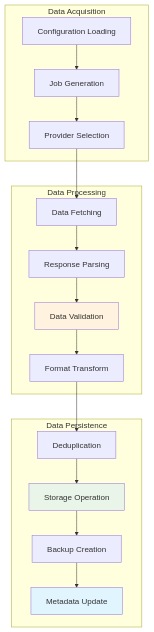
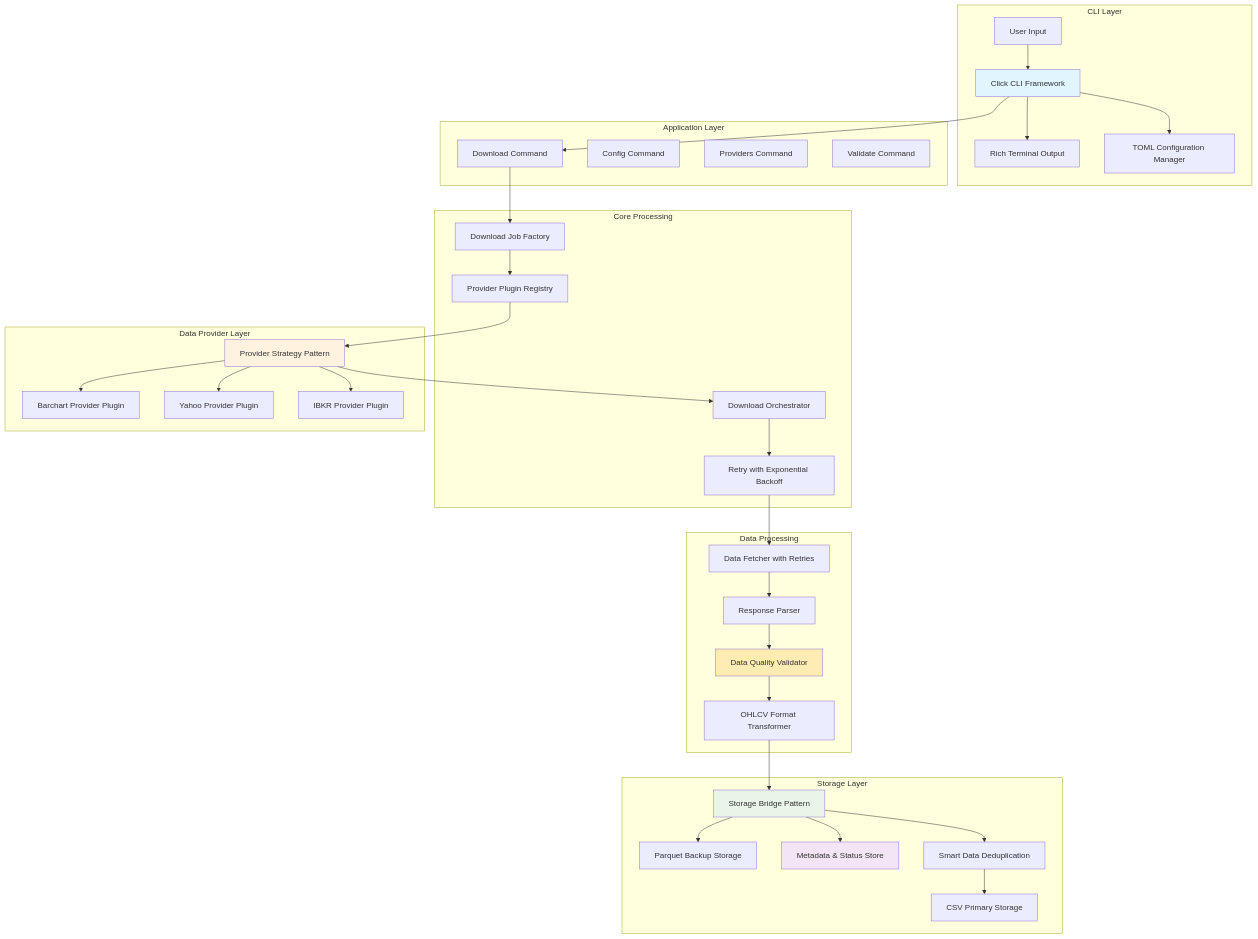
The first of 8 diagrams in docs/design/hld/03-data-flow-design.md (makutaku/vortex), drawn with Mermaid before and after one commit. The commit also changed other lines of this file and 3 other files, not shown here.

First line of the commit message:
Update architecture documentation to reflect current implementation

````diff
--- a/docs/design/hld/03-data-flow-design.md
+++ b/docs/design/hld/03-data-flow-design.md
@@ -12,37 +12,75 @@
 ```mermaid
 graph TB
-    subgraph "Data Acquisition"
-        Config[Configuration Loading]
-        JobGen[Job Generation]
-        ProvSelect[Provider Selection]
+    subgraph "CLI Layer"
+        User[User Input]
+        Click[Click CLI Framework]
+        Rich[Rich Terminal Output]
+        ConfigMgr[TOML Configuration Manager]
+    end
+    
+    subgraph "Application Layer"
+        DownloadCmd[Download Command]
+        ConfigCmd[Config Command]
+        ProvidersCmd[Providers Command]
+        ValidateCmd[Validate Command]
+    end
+    
+    subgraph "Core Processing"
+        JobFactory[Download Job Factory]
+        PluginRegistry[Provider Plugin Registry]
+        Orchestrator[Download Orchestrator]
+        RetryLogic[Retry with Exponential Backoff]
+    end
+    
+    subgraph "Data Provider Layer"
+        Strategy[Provider Strategy Pattern]
+        BarchartPlugin[Barchart Provider Plugin]
+        YahooPlugin[Yahoo Provider Plugin]
+        IBKRPlugin[IBKR Provider Plugin]
     end
     
     subgraph "Data Processing"
-        Fetch[Data Fetching]
-        Parse[Response Parsing]
-        Validate[Data Validation]
-        Transform[Format Transform]
+        Fetcher[Data Fetcher with Retries]
+        Parser[Response Parser]
+        Validator[Data Quality Validator]
+        Transformer[OHLCV Format Transformer]
     end
     
-    subgraph "Data Persistence"
-        Dedup[Deduplication]
-        Store[Storage Operation]
-        Backup[Backup Creation]
-        Meta[Metadata Update]
+    subgraph "Storage Layer"
+        StorageBridge[Storage Bridge Pattern]
+        CSVStorage[CSV Primary Storage]
+        ParquetStorage[Parquet Backup Storage]
+        MetadataStore[Metadata & Status Store]
+        Deduplicator[Smart Data Deduplication]
     end
     
-    Config --> JobGen
-    JobGen --> ProvSelect
-    ProvSelect --> Fetch
-    Fetch --> Parse
-    Parse --> Validate
-    Validate --> Transform
-    Transform --> Dedup
-    Dedup --> Store
-    Store --> Backup
-    Backup --> Meta
+    User --> Click
+    Click --> Rich
+    Click --> ConfigMgr
+    Click --> DownloadCmd
+    DownloadCmd --> JobFactory
+    JobFactory --> PluginRegistry
+    PluginRegistry --> Strategy
+    Strategy --> Orchestrator
+    Orchestrator --> RetryLogic
+    RetryLogic --> Fetcher
     
-    style Validate fill:#fff3e0
-    style Store fill:#e8f5e8
-    style Meta fill:#e1f5fe
+    Strategy --> BarchartPlugin
+    Strategy --> YahooPlugin
+    Strategy --> IBKRPlugin
+    
+    Fetcher --> Parser
+    Parser --> Validator
+    Validator --> Transformer
+    Transformer --> StorageBridge
+    StorageBridge --> Deduplicator
+    Deduplicator --> CSVStorage
+    StorageBridge --> ParquetStorage
+    StorageBridge --> MetadataStore
+    
+    style Click fill:#e1f5fe
+    style Strategy fill:#fff3e0
+    style StorageBridge fill:#e8f5e8
+    style Validator fill:#ffecb3
+    style MetadataStore fill:#f3e5f5
 ```
````
